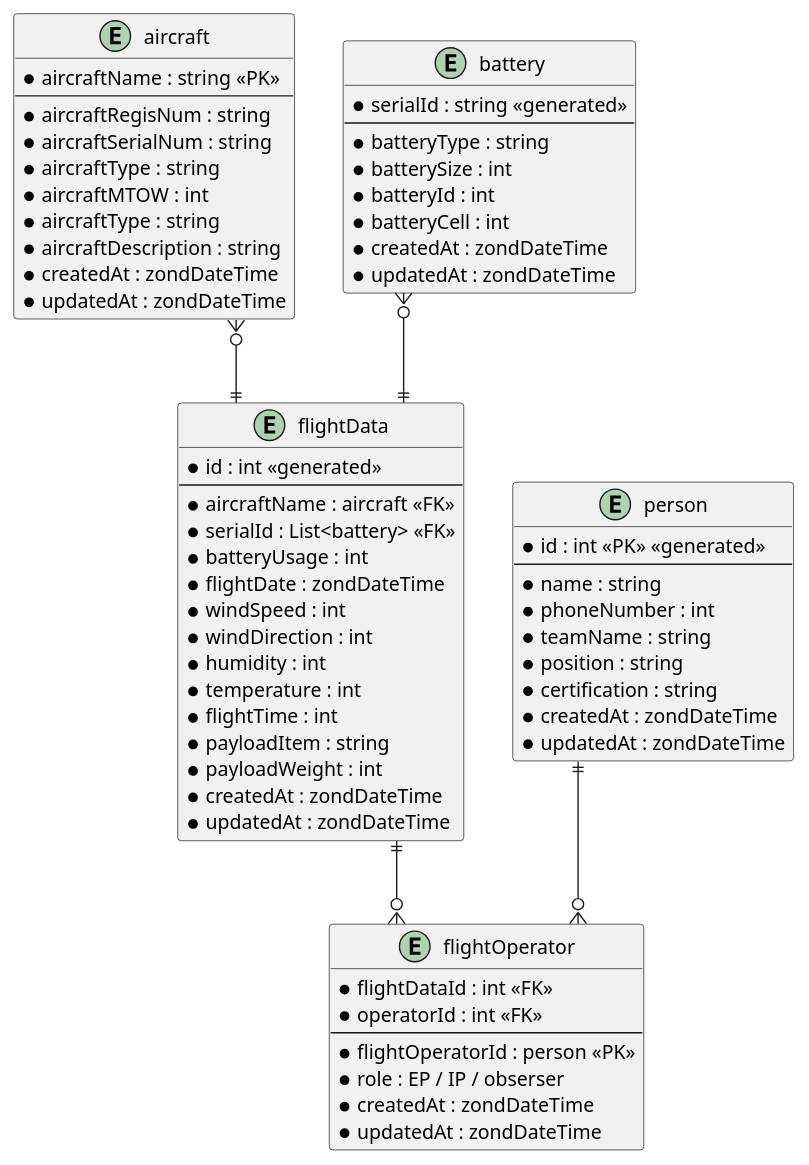
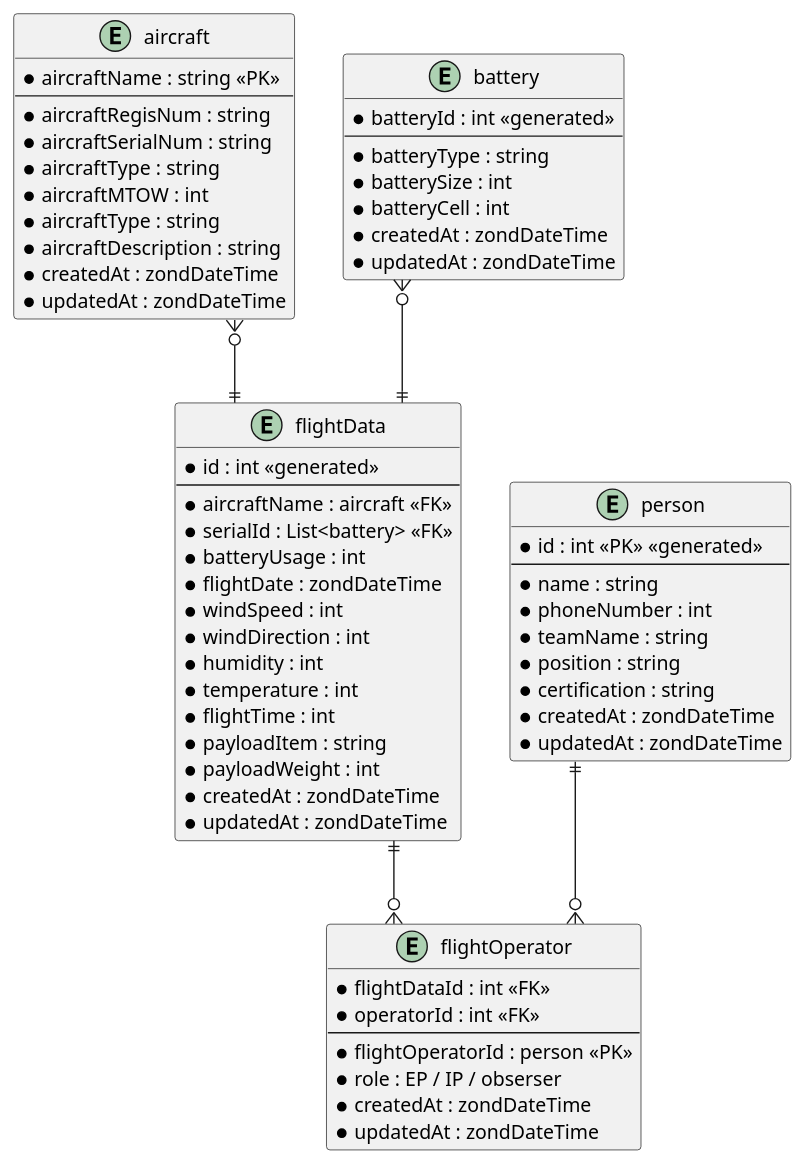
Before and after one commit to KimJinHyeok1/FlightManagementApp: the diagram in Docs/flightManagementApp.puml, drawn with PlantUML. The commit also changed 9 other files, not shown here.

```diff
--- a/Docs/flightManagementApp.puml
+++ b/Docs/flightManagementApp.puml
@@ -1,82 +1,81 @@
 @startuml
 
 ' hide the spot
 ' hide circle
 
 ' avoid problems with angled crows feet
 skinparam linetype ortho
 
 entity "aircraft" as aircraft {
   *aircraftName : string <<PK>>
   --
   *aircraftRegisNum : string
   *aircraftSerialNum : string
   *aircraftType : string
   *aircraftMTOW : int
   *aircraftType : string
   *aircraftDescription : string
   *createdAt : zondDateTime
   *updatedAt : zondDateTime
 }
 
 entity "battery" as battery {
-  *serialId : string <<generated>>
+  *batteryId : int <<generated>>
   --
   *batteryType : string
   *batterySize : int
-  *batteryId : int
   *batteryCell : int
   *createdAt : zondDateTime
   *updatedAt : zondDateTime
 }
 
 entity "person" as operator {
   *id : int <<PK>> <<generated>>
   --
   *name : string 
   *phoneNumber : int
   *teamName : string
   *position : string
   *certification : string
   *createdAt : zondDateTime
   *updatedAt : zondDateTime
 }
 
 entity "flightOperator" as flightOperator {
   *flightDataId : int <<FK>>
   *operatorId : int <<FK>>
   --
   *flightOperatorId : person <<PK>> 
   *role : EP / IP / obserser
   *createdAt : zondDateTime
   *updatedAt : zondDateTime
 }
 
 entity "flightData" as flightPlan {
   *id : int <<generated>>
   --
   *aircraftName : aircraft <<FK>>
   *serialId : List<battery> <<FK>>
   *batteryUsage : int
   *flightDate : zondDateTime
   *windSpeed : int
   *windDirection : int
   *humidity : int
   *temperature : int
   *flightTime : int
   *payloadItem : string
   *payloadWeight : int
   *createdAt : zondDateTime
   *updatedAt : zondDateTime
 }
 
 
 
 flightPlan ||--o{ flightOperator
 operator ||--o{ flightOperator
 
 battery }o--|| flightPlan
 aircraft }o--|| flightPlan
 
 
 @enduml
```
